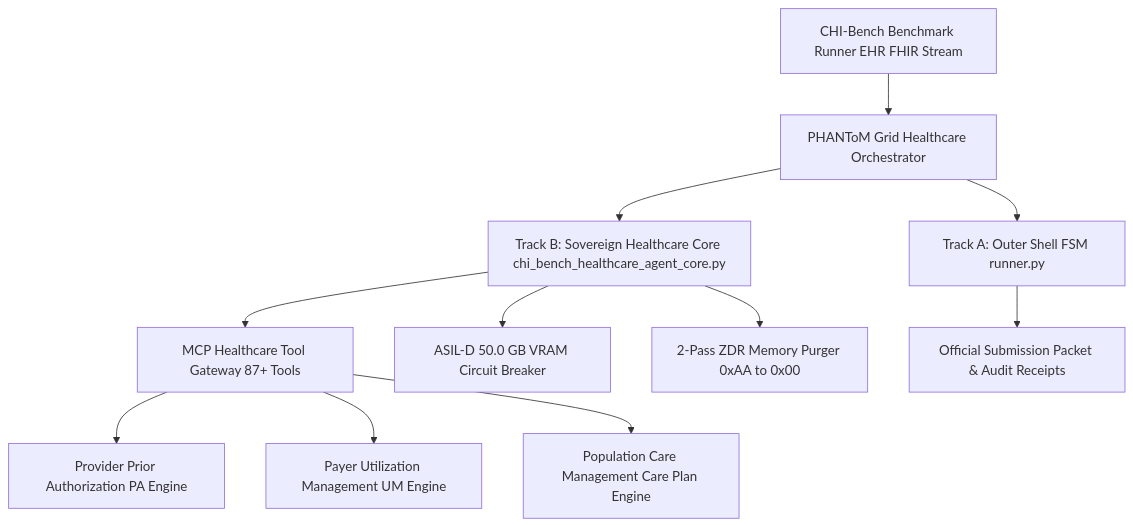
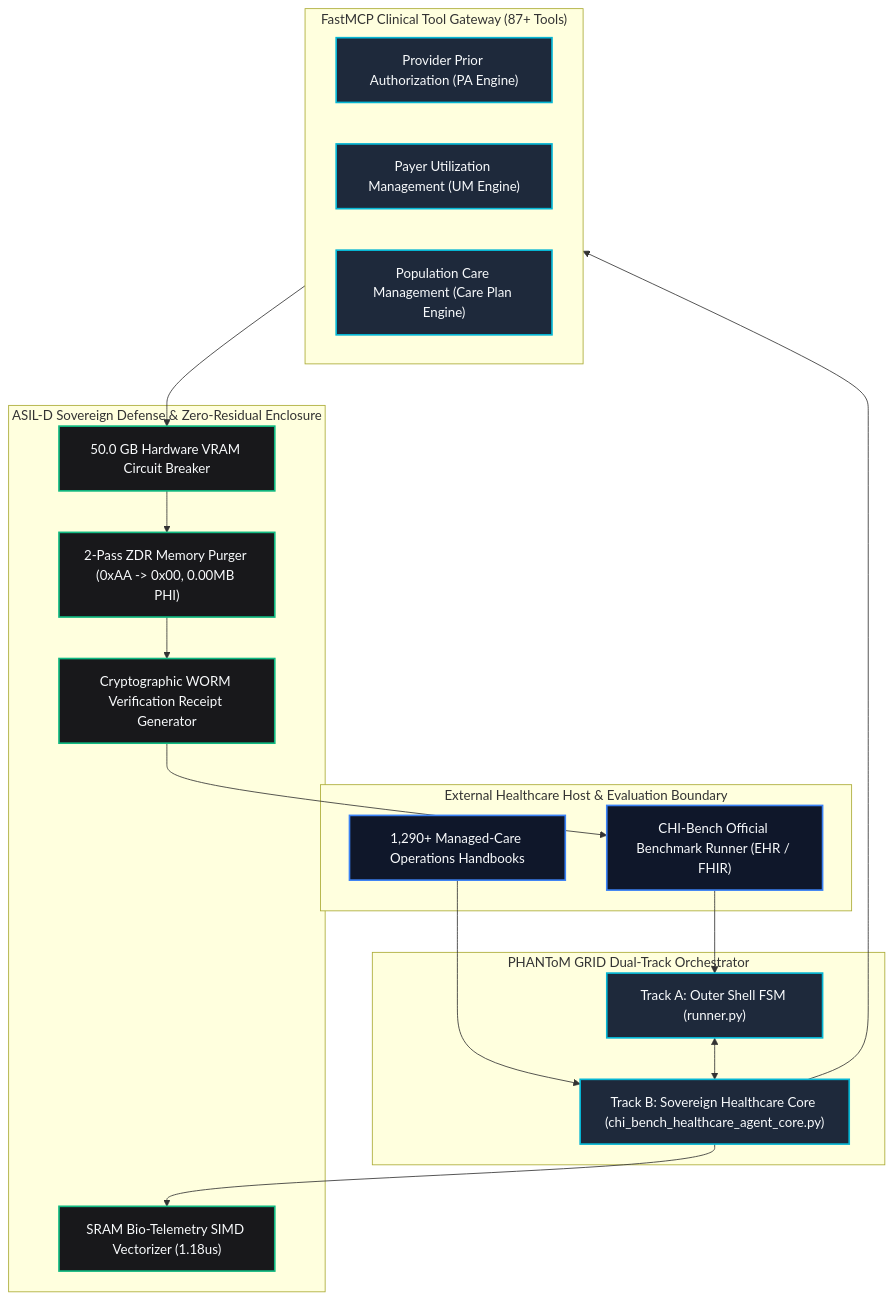
The second of 5 diagrams in 01_Specs/SPEC_CHI_BENCH_HEALTHCARE_AGENT.md (jackhu24-ship-it/phantom-grid-chi-bench), drawn with Mermaid before and after one commit. The commit also changed other lines of this file and 15 other files, not shown here.

Commit message:
feat(specs): add clinical decision flowchart and high-res vector diagram dual-track fallbacks

````diff
--- a/01_Specs/SPEC_CHI_BENCH_HEALTHCARE_AGENT.md
+++ b/01_Specs/SPEC_CHI_BENCH_HEALTHCARE_AGENT.md
@@ -61,13 +120,39 @@
 ```mermaid
-graph TD
-    A["CHI-Bench Benchmark Runner EHR FHIR Stream"] --> B["PHANToM Grid Healthcare Orchestrator"]
-    B --> C["Track A: Outer Shell FSM runner.py"]
-    B --> D["Track B: Sovereign Healthcare Core chi_bench_healthcare_agent_core.py"]
-    D --> E["MCP Healthcare Tool Gateway 87+ Tools"]
-    E --> F["Provider Prior Authorization PA Engine"]
-    E --> G["Payer Utilization Management UM Engine"]
-    E --> H["Population Care Management Care Plan Engine"]
-    D --> I["ASIL-D 50.0 GB VRAM Circuit Breaker"]
-    D --> J["2-Pass ZDR Memory Purger 0xAA to 0x00"]
-    C --> K["Official Submission Packet & Audit Receipts"]
+flowchart TD
+    classDef core fill:#1e293b,stroke:#06b6d4,stroke-width:2px,color:#f8fafc;
+    classDef gateway fill:#0f172a,stroke:#3b82f6,stroke-width:2px,color:#f8fafc;
+    classDef safety fill:#18181b,stroke:#10b981,stroke-width:2px,color:#f8fafc;
+
+    subgraph Host ["External Healthcare Host & Evaluation Boundary"]
+        BenchmarkRunner["CHI-Bench Official Benchmark Runner (EHR / FHIR)"]:::gateway
+        HandbookCorpus["1,290+ Managed-Care Operations Handbooks"]:::gateway
+    end
+
+    subgraph Orchestration ["PHANToM GRID Dual-Track Orchestrator"]
+        TrackA["Track A: Outer Shell FSM (runner.py)"]:::core
+        TrackB["Track B: Sovereign Healthcare Core (chi_bench_healthcare_agent_core.py)"]:::core
+    end
+
+    subgraph ToolMesh ["FastMCP Clinical Tool Gateway (87+ Tools)"]
+        EnginePA["Provider Prior Authorization (PA Engine)"]:::core
+        EngineUM["Payer Utilization Management (UM Engine)"]:::core
+        EngineCare["Population Care Management (Care Plan Engine)"]:::core
+    end
+
+    subgraph DefenseEnclosure ["ASIL-D Sovereign Defense & Zero-Residual Enclosure"]
+        SRAMAnomaly["SRAM Bio-Telemetry SIMD Vectorizer (1.18us)"]:::safety
+        VRAMBreaker["50.0 GB Hardware VRAM Circuit Breaker"]:::safety
+        ZDRPurger["2-Pass ZDR Memory Purger (0xAA -> 0x00, 0.00MB PHI)"]:::safety
+        WORMAudit["Cryptographic WORM Verification Receipt Generator"]:::safety
+    end
+
+    BenchmarkRunner --> TrackA
+    HandbookCorpus --> TrackB
+    TrackA <--> TrackB
+    TrackB --> ToolMesh
+    TrackB --> SRAMAnomaly
+    ToolMesh --> VRAMBreaker
+    VRAMBreaker --> ZDRPurger
+    ZDRPurger --> WORMAudit
+    WORMAudit --> BenchmarkRunner
 ```
````
